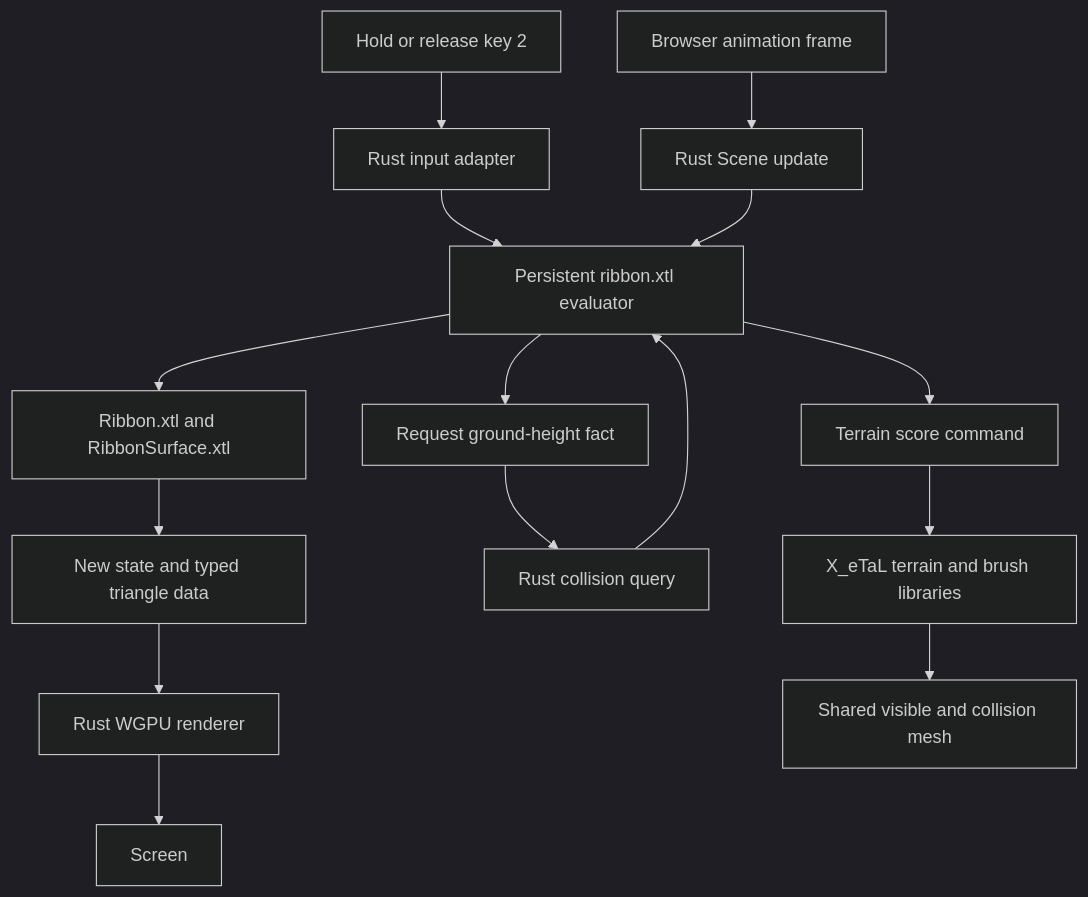
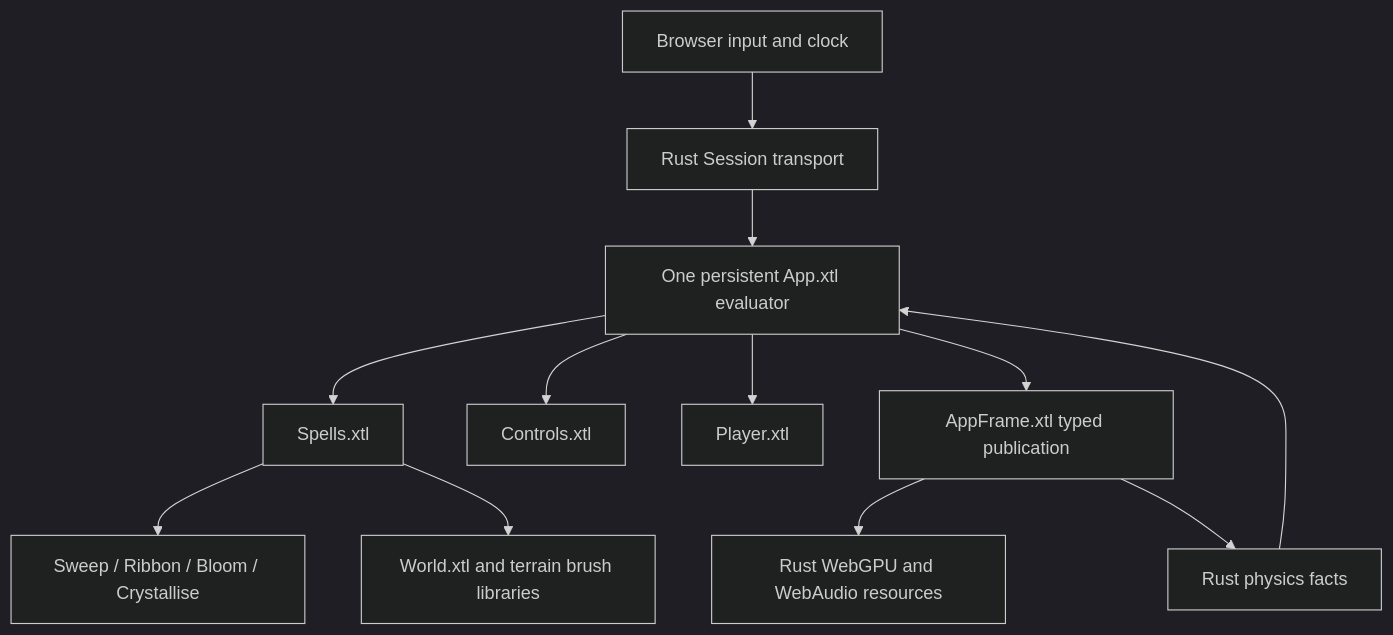
One commit to softwarewrighter/snowflow_demo-fork changed the diagram in docs/source-connections.md. Above: the diagram before and after it, drawn with Mermaid (dark theme). The commit also changed other lines of this file and 49 other files, not shown here.

````diff
--- a/docs/source-connections.md
+++ b/docs/source-connections.md
@@ -8,17 +7,14 @@
 ```mermaid
 flowchart TD
-  Key[Hold or release key 2] --> Input[Rust input adapter]
-  Clock[Browser animation frame] --> Scene[Rust Scene update]
-  Input --> Spell[Persistent ribbon.xtl evaluator]
-  Scene --> Spell
-  Spell --> Libraries[Ribbon.xtl and RibbonSurface.xtl]
-  Libraries --> State[New state and typed triangle data]
-  State --> GPU[Rust WGPU renderer]
-  GPU --> Screen[Screen]
-  Spell --> Probe[Request ground-height fact]
-  Probe --> Physics[Rust collision query]
-  Physics --> Spell
-  Spell --> Score[Terrain score command]
-  Score --> Terrain[X_eTaL terrain and brush libraries]
-  Terrain --> Shared[Shared visible and collision mesh]
+  Input[Browser input and clock] --> Host[Rust Session transport]
+  Host --> App[One persistent App.xtl evaluator]
+  App --> Spells[Spells.xtl]
+  App --> Controls[Controls.xtl]
+  App --> Player[Player.xtl]
+  Spells --> Libraries[Sweep / Ribbon / Bloom / Crystallise]
+  Spells --> World[World.xtl and terrain brush libraries]
+  App --> Frame[AppFrame.xtl typed publication]
+  Frame --> GPU[Rust WebGPU and WebAudio resources]
+  Frame --> Query[Rust physics facts]
+  Query --> App
 ```
````
